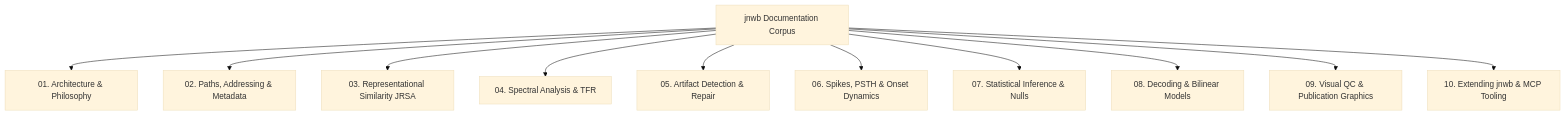
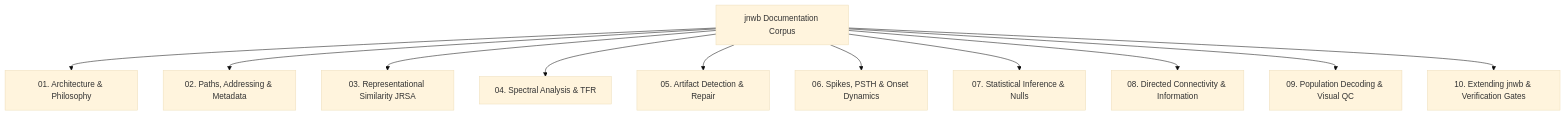
One commit to HNXJ/jnwb changed the diagram in docs/README.md. Above: the diagram before and after it, drawn with Mermaid (base theme). The commit also changed other lines of this file and 11 other files, not shown here.

````diff
--- a/docs/README.md
+++ b/docs/README.md
@@ -9,13 +9,13 @@
 ```mermaid
 graph TD
     Docs[jnwb Documentation Corpus] --> G1[01. Architecture & Philosophy]
     Docs --> G2[02. Paths, Addressing & Metadata]
     Docs --> G3[03. Representational Similarity JRSA]
     Docs --> G4[04. Spectral Analysis & TFR]
     Docs --> G5[05. Artifact Detection & Repair]
     Docs --> G6[06. Spikes, PSTH & Onset Dynamics]
     Docs --> G7[07. Statistical Inference & Nulls]
-    Docs --> G8[08. Decoding & Bilinear Models]
-    Docs --> G9[09. Visual QC & Publication Graphics]
-    Docs --> G10[10. Extending jnwb & MCP Tooling]
+    Docs --> G8[08. Directed Connectivity & Information]
+    Docs --> G9[09. Population Decoding & Visual QC]
+    Docs --> G10[10. Extending jnwb & Verification Gates]
 ```
````
